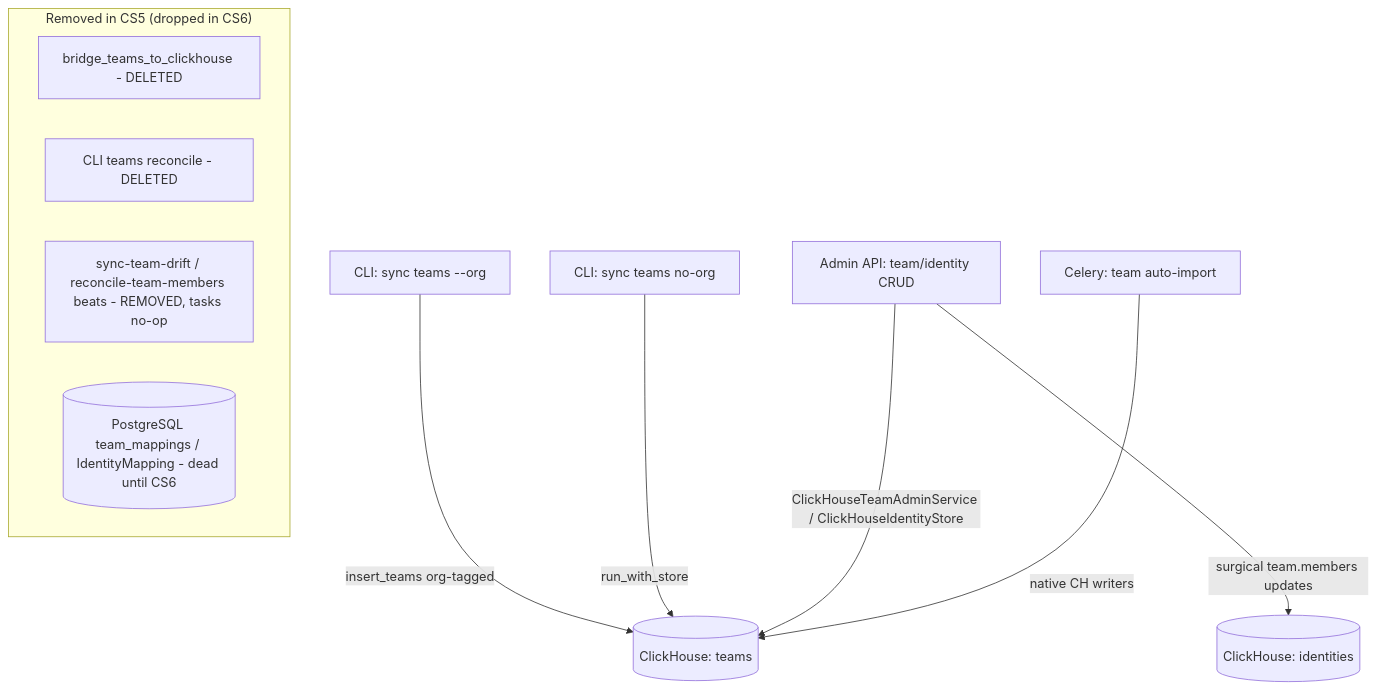
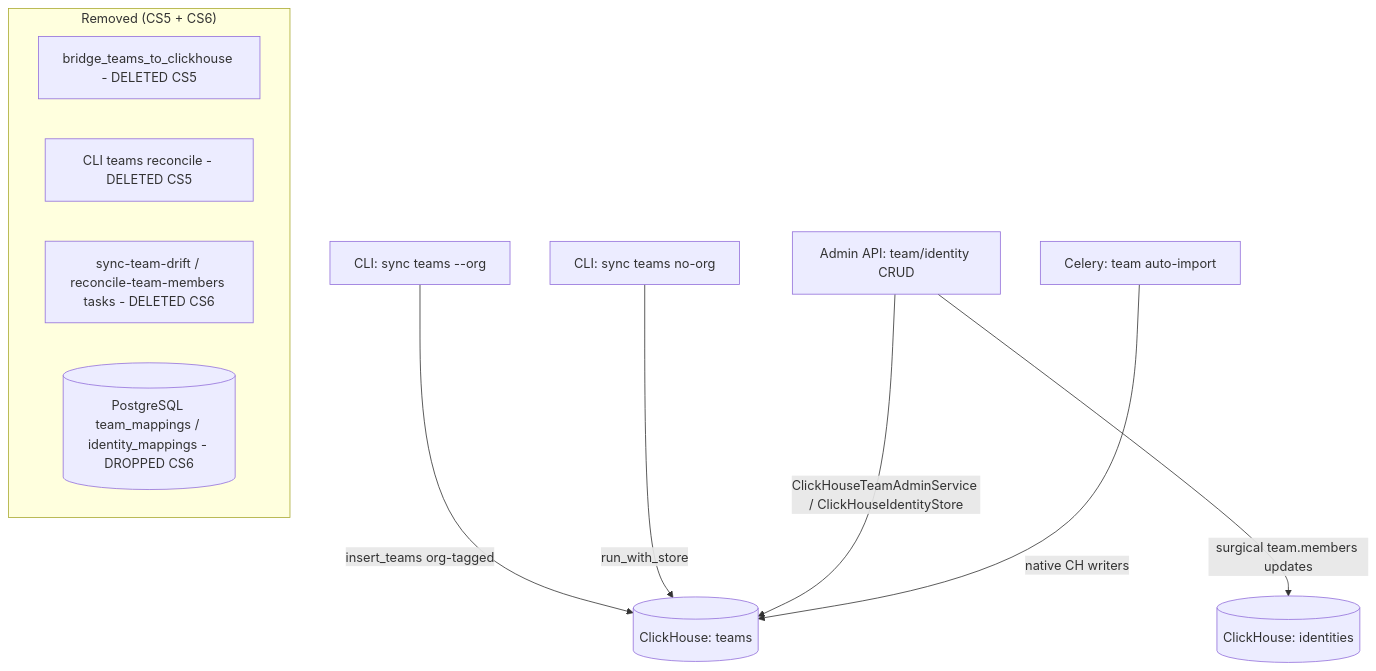
The diagram in docs/architecture/database-architecture.md (full-chaos/dev-health-ops), drawn with Mermaid before and after one commit. The commit also changed other lines of this file and 37 other files, not shown here.

First line of the commit message:
refactor(teams): drop the dead Postgres team/identity mapping layer (CHAOS-2600 CS6)

````diff
--- a/docs/architecture/database-architecture.md
+++ b/docs/architecture/database-architecture.md
@@ -170,15 +167,15 @@
 ```mermaid
 graph TD
     CLI[CLI: sync teams --org] -->|insert_teams org-tagged| CH[(ClickHouse: teams)]
     CLINO[CLI: sync teams no-org] -->|run_with_store| CH
     Admin[Admin API: team/identity CRUD] -->|ClickHouseTeamAdminService / ClickHouseIdentityStore| CH
     Admin -->|surgical team.members updates| CHI[(ClickHouse: identities)]
     AutoImport[Celery: team auto-import] -->|native CH writers| CH
 
-    subgraph "Removed in CS5 (dropped in CS6)"
-        Bridge[bridge_teams_to_clickhouse - DELETED]
-        Reconcile[CLI teams reconcile - DELETED]
-        Drift[sync-team-drift / reconcile-team-members beats - REMOVED, tasks no-op]
-        PG[(PostgreSQL team_mappings / IdentityMapping - dead until CS6)]
+    subgraph "Removed (CS5 + CS6)"
+        Bridge[bridge_teams_to_clickhouse - DELETED CS5]
+        Reconcile[CLI teams reconcile - DELETED CS5]
+        Drift[sync-team-drift / reconcile-team-members tasks - DELETED CS6]
+        PG[(PostgreSQL team_mappings / identity_mappings - DROPPED CS6)]
     end
 ```
````
